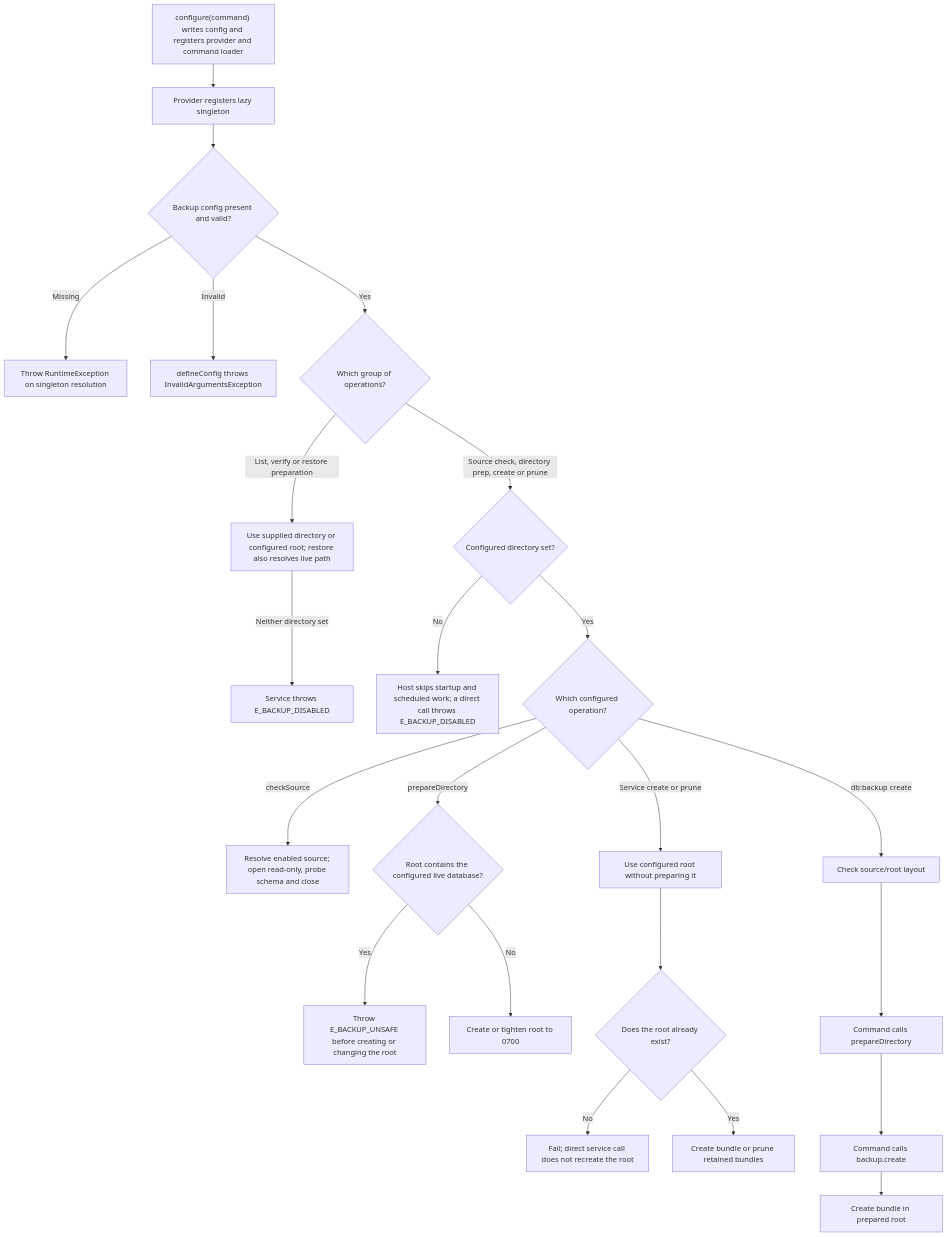
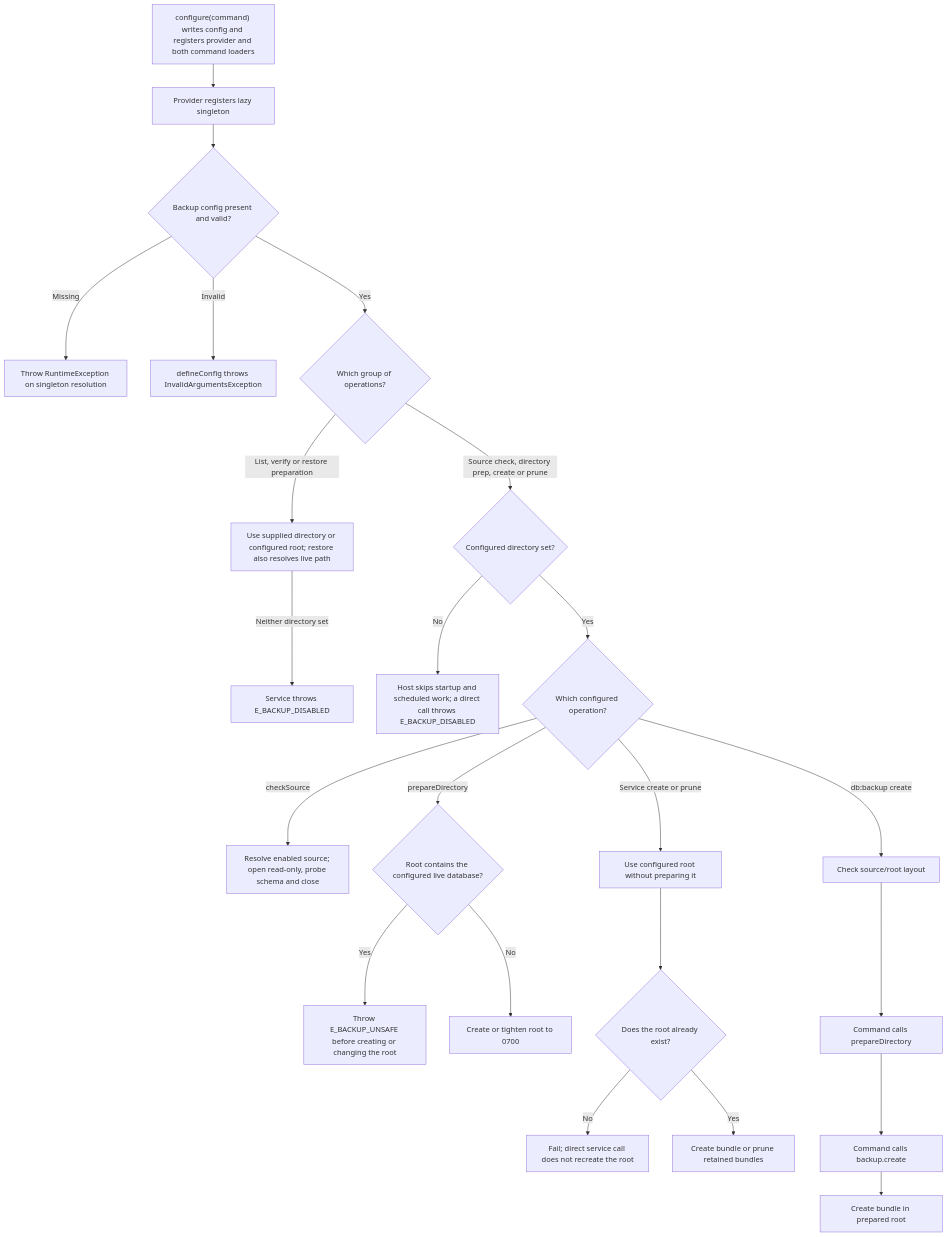
Before and after one commit to Kevinjohn/oss-adonisjs-sqlite-backup: the second of 2 diagrams in user-stories/setup/us-setup-01-configure-backups.md, drawn with Mermaid. The commit also changed other lines of this file and 48 other files, not shown here.

````diff
--- a/user-stories/setup/us-setup-01-configure-backups.md
+++ b/user-stories/setup/us-setup-01-configure-backups.md
@@ -48,25 +48,25 @@
 ```mermaid
 flowchart TD
-    A["configure(command) writes config and registers provider and command loader"] --> B["Provider registers lazy singleton"]
+    A["configure(command) writes config and registers provider and both command loaders"] --> B["Provider registers lazy singleton"]
     B --> B1{"Backup config present and valid?"}
     B1 -->|Missing| X["Throw RuntimeException on singleton resolution"]
     B1 -->|Invalid| X1["defineConfig throws InvalidArgumentsException"]
     B1 -->|Yes| O{"Which group of operations?"}
     O -->|List, verify or restore preparation| R["Use supplied directory or configured root; restore also resolves live path"]
     R -->|Neither directory set| F0["Service throws E_BACKUP_DISABLED"]
     O -->|Source check, directory prep, create or prune| D0{"Configured directory set?"}
     D0 -->|No| F1["Host skips startup and scheduled work; a direct call throws E_BACKUP_DISABLED"]
     D0 -->|Yes| C{"Which configured operation?"}
     C -->|checkSource| S["Resolve enabled source; open read-only, probe schema and close"]
     C -->|prepareDirectory| P1{"Root contains the configured live database?"}
     P1 -->|Yes| P2["Throw E_BACKUP_UNSAFE before creating or changing the root"]
     P1 -->|No| P["Create or tighten root to 0700"]
     C -->|Service create or prune| D["Use configured root without preparing it"]
     D --> E{"Does the root already exist?"}
     E -->|No| F["Fail; direct service call does not recreate the root"]
     E -->|Yes| G["Create bundle or prune retained bundles"]
     C -->|db:backup create| H1["Check source/root layout"]
     H1 --> H["Command calls prepareDirectory"]
     H --> I["Command calls backup.create"]
     I --> J["Create bundle in prepared root"]
 ```
````
